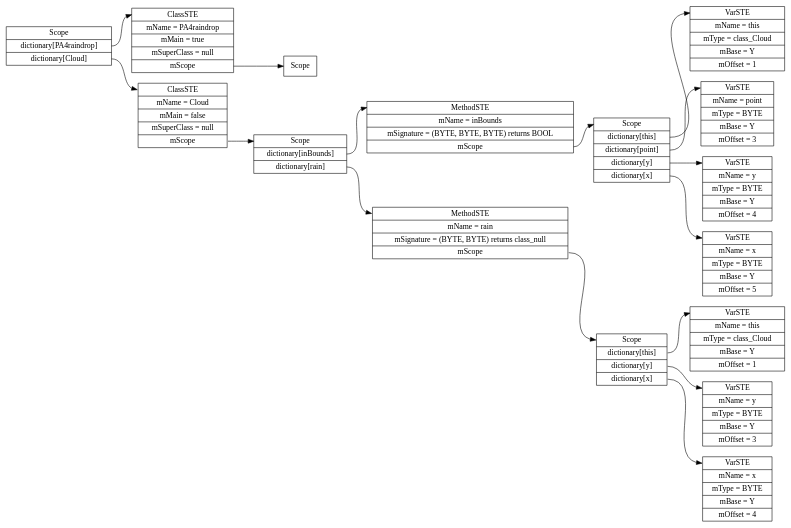
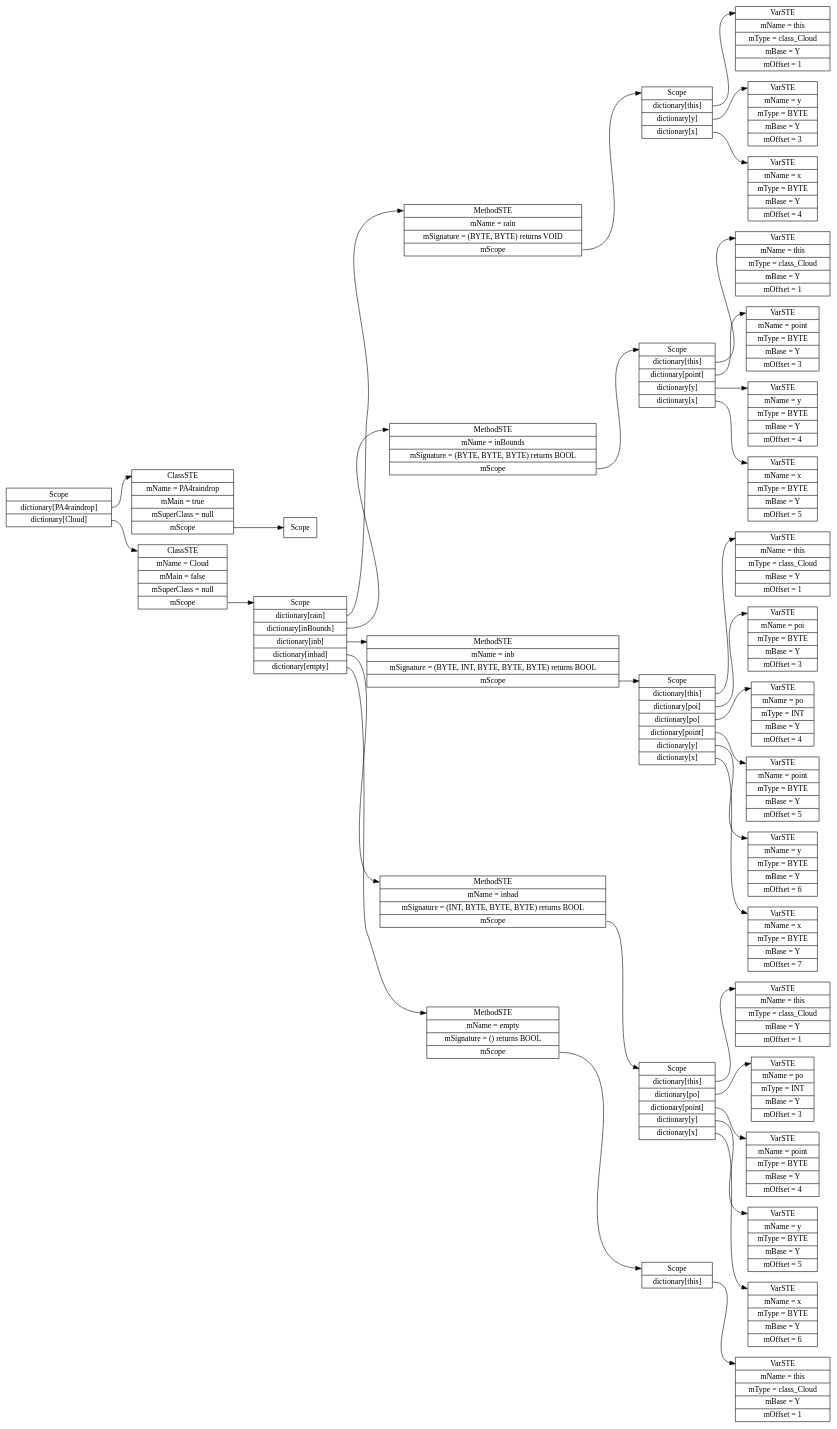
One commit to karmaUdel/Meggy-Java-Compiler changed the diagram in tst/PA4raindrop.java.ST.dot. Above: the diagram before and after it, drawn with Graphviz. The commit also changed 115 other files, not shown here.

```diff
--- a/tst/PA4raindrop.java.ST.dot
+++ b/tst/PA4raindrop.java.ST.dot
@@ -1,35 +1,71 @@
 digraph SymTable {
 	graph [rankdir="LR"];
 	node [shape=record];
 	0 [label=" <f0> Scope | <f1> dictionary\[PA4raindrop\] | <f2> dictionary\[Cloud\] "];
 	0:<f1> -> 1:<f0>;
 	1 [label=" <f0> ClassSTE | <f1> mName = PA4raindrop| <f2> mMain = true| <f3> mSuperClass = null| <f4> mScope "];
 	1:<f4> -> 2:<f0>;
 	2 [label=" <f0> Scope "];
 	0:<f2> -> 3:<f0>;
 	3 [label=" <f0> ClassSTE | <f1> mName = Cloud| <f2> mMain = false| <f3> mSuperClass = null| <f4> mScope "];
 	3:<f4> -> 4:<f0>;
-	4 [label=" <f0> Scope | <f1> dictionary\[inBounds\] | <f2> dictionary\[rain\] "];
+	4 [label=" <f0> Scope | <f1> dictionary\[rain\] | <f2> dictionary\[inBounds\] | <f3> dictionary\[inb\] | <f4> dictionary\[inbad\] | <f5> dictionary\[empty\] "];
 	4:<f1> -> 5:<f0>;
-	5 [label=" <f0> MethodSTE | <f1> mName = inBounds| <f2> mSignature = (BYTE, BYTE, BYTE) returns BOOL| <f3> mScope "];
+	5 [label=" <f0> MethodSTE | <f1> mName = rain| <f2> mSignature = (BYTE, BYTE) returns VOID| <f3> mScope "];
 	5:<f3> -> 6:<f0>;
-	6 [label=" <f0> Scope | <f1> dictionary\[this\] | <f2> dictionary\[point\] | <f3> dictionary\[y\] | <f4> dictionary\[x\] "];
+	6 [label=" <f0> Scope | <f1> dictionary\[this\] | <f2> dictionary\[y\] | <f3> dictionary\[x\] "];
 	6:<f1> -> 7:<f0>;
 	7 [label=" <f0> VarSTE | <f1> mName = this| <f2> mType = class_Cloud| <f3> mBase = Y| <f4> mOffset = 1"];
 	6:<f2> -> 8:<f0>;
-	8 [label=" <f0> VarSTE | <f1> mName = point| <f2> mType = BYTE| <f3> mBase = Y| <f4> mOffset = 3"];
+	8 [label=" <f0> VarSTE | <f1> mName = y| <f2> mType = BYTE| <f3> mBase = Y| <f4> mOffset = 3"];
 	6:<f3> -> 9:<f0>;
-	9 [label=" <f0> VarSTE | <f1> mName = y| <f2> mType = BYTE| <f3> mBase = Y| <f4> mOffset = 4"];
-	6:<f4> -> 10:<f0>;
-	10 [label=" <f0> VarSTE | <f1> mName = x| <f2> mType = BYTE| <f3> mBase = Y| <f4> mOffset = 5"];
-	4:<f2> -> 11:<f0>;
-	11 [label=" <f0> MethodSTE | <f1> mName = rain| <f2> mSignature = (BYTE, BYTE) returns class_null| <f3> mScope "];
-	11:<f3> -> 12:<f0>;
-	12 [label=" <f0> Scope | <f1> dictionary\[this\] | <f2> dictionary\[y\] | <f3> dictionary\[x\] "];
-	12:<f1> -> 13:<f0>;
-	13 [label=" <f0> VarSTE | <f1> mName = this| <f2> mType = class_Cloud| <f3> mBase = Y| <f4> mOffset = 1"];
-	12:<f2> -> 14:<f0>;
-	14 [label=" <f0> VarSTE | <f1> mName = y| <f2> mType = BYTE| <f3> mBase = Y| <f4> mOffset = 3"];
-	12:<f3> -> 15:<f0>;
-	15 [label=" <f0> VarSTE | <f1> mName = x| <f2> mType = BYTE| <f3> mBase = Y| <f4> mOffset = 4"];
+	9 [label=" <f0> VarSTE | <f1> mName = x| <f2> mType = BYTE| <f3> mBase = Y| <f4> mOffset = 4"];
+	4:<f2> -> 10:<f0>;
+	10 [label=" <f0> MethodSTE | <f1> mName = inBounds| <f2> mSignature = (BYTE, BYTE, BYTE) returns BOOL| <f3> mScope "];
+	10:<f3> -> 11:<f0>;
+	11 [label=" <f0> Scope | <f1> dictionary\[this\] | <f2> dictionary\[point\] | <f3> dictionary\[y\] | <f4> dictionary\[x\] "];
+	11:<f1> -> 12:<f0>;
+	12 [label=" <f0> VarSTE | <f1> mName = this| <f2> mType = class_Cloud| <f3> mBase = Y| <f4> mOffset = 1"];
+	11:<f2> -> 13:<f0>;
+	13 [label=" <f0> VarSTE | <f1> mName = point| <f2> mType = BYTE| <f3> mBase = Y| <f4> mOffset = 3"];
+	11:<f3> -> 14:<f0>;
+	14 [label=" <f0> VarSTE | <f1> mName = y| <f2> mType = BYTE| <f3> mBase = Y| <f4> mOffset = 4"];
+	11:<f4> -> 15:<f0>;
+	15 [label=" <f0> VarSTE | <f1> mName = x| <f2> mType = BYTE| <f3> mBase = Y| <f4> mOffset = 5"];
+	4:<f3> -> 16:<f0>;
+	16 [label=" <f0> MethodSTE | <f1> mName = inb| <f2> mSignature = (BYTE, INT, BYTE, BYTE, BYTE) returns BOOL| <f3> mScope "];
+	16:<f3> -> 17:<f0>;
+	17 [label=" <f0> Scope | <f1> dictionary\[this\] | <f2> dictionary\[poi\] | <f3> dictionary\[po\] | <f4> dictionary\[point\] | <f5> dictionary\[y\] | <f6> dictionary\[x\] "];
+	17:<f1> -> 18:<f0>;
+	18 [label=" <f0> VarSTE | <f1> mName = this| <f2> mType = class_Cloud| <f3> mBase = Y| <f4> mOffset = 1"];
+	17:<f2> -> 19:<f0>;
+	19 [label=" <f0> VarSTE | <f1> mName = poi| <f2> mType = BYTE| <f3> mBase = Y| <f4> mOffset = 3"];
+	17:<f3> -> 20:<f0>;
+	20 [label=" <f0> VarSTE | <f1> mName = po| <f2> mType = INT| <f3> mBase = Y| <f4> mOffset = 4"];
+	17:<f4> -> 21:<f0>;
+	21 [label=" <f0> VarSTE | <f1> mName = point| <f2> mType = BYTE| <f3> mBase = Y| <f4> mOffset = 5"];
+	17:<f5> -> 22:<f0>;
+	22 [label=" <f0> VarSTE | <f1> mName = y| <f2> mType = BYTE| <f3> mBase = Y| <f4> mOffset = 6"];
+	17:<f6> -> 23:<f0>;
+	23 [label=" <f0> VarSTE | <f1> mName = x| <f2> mType = BYTE| <f3> mBase = Y| <f4> mOffset = 7"];
+	4:<f4> -> 24:<f0>;
+	24 [label=" <f0> MethodSTE | <f1> mName = inbad| <f2> mSignature = (INT, BYTE, BYTE, BYTE) returns BOOL| <f3> mScope "];
+	24:<f3> -> 25:<f0>;
+	25 [label=" <f0> Scope | <f1> dictionary\[this\] | <f2> dictionary\[po\] | <f3> dictionary\[point\] | <f4> dictionary\[y\] | <f5> dictionary\[x\] "];
+	25:<f1> -> 26:<f0>;
+	26 [label=" <f0> VarSTE | <f1> mName = this| <f2> mType = class_Cloud| <f3> mBase = Y| <f4> mOffset = 1"];
+	25:<f2> -> 27:<f0>;
+	27 [label=" <f0> VarSTE | <f1> mName = po| <f2> mType = INT| <f3> mBase = Y| <f4> mOffset = 3"];
+	25:<f3> -> 28:<f0>;
+	28 [label=" <f0> VarSTE | <f1> mName = point| <f2> mType = BYTE| <f3> mBase = Y| <f4> mOffset = 4"];
+	25:<f4> -> 29:<f0>;
+	29 [label=" <f0> VarSTE | <f1> mName = y| <f2> mType = BYTE| <f3> mBase = Y| <f4> mOffset = 5"];
+	25:<f5> -> 30:<f0>;
+	30 [label=" <f0> VarSTE | <f1> mName = x| <f2> mType = BYTE| <f3> mBase = Y| <f4> mOffset = 6"];
+	4:<f5> -> 31:<f0>;
+	31 [label=" <f0> MethodSTE | <f1> mName = empty| <f2> mSignature = () returns BOOL| <f3> mScope "];
+	31:<f3> -> 32:<f0>;
+	32 [label=" <f0> Scope | <f1> dictionary\[this\] "];
+	32:<f1> -> 33:<f0>;
+	33 [label=" <f0> VarSTE | <f1> mName = this| <f2> mType = class_Cloud| <f3> mBase = Y| <f4> mOffset = 1"];
 }
```
